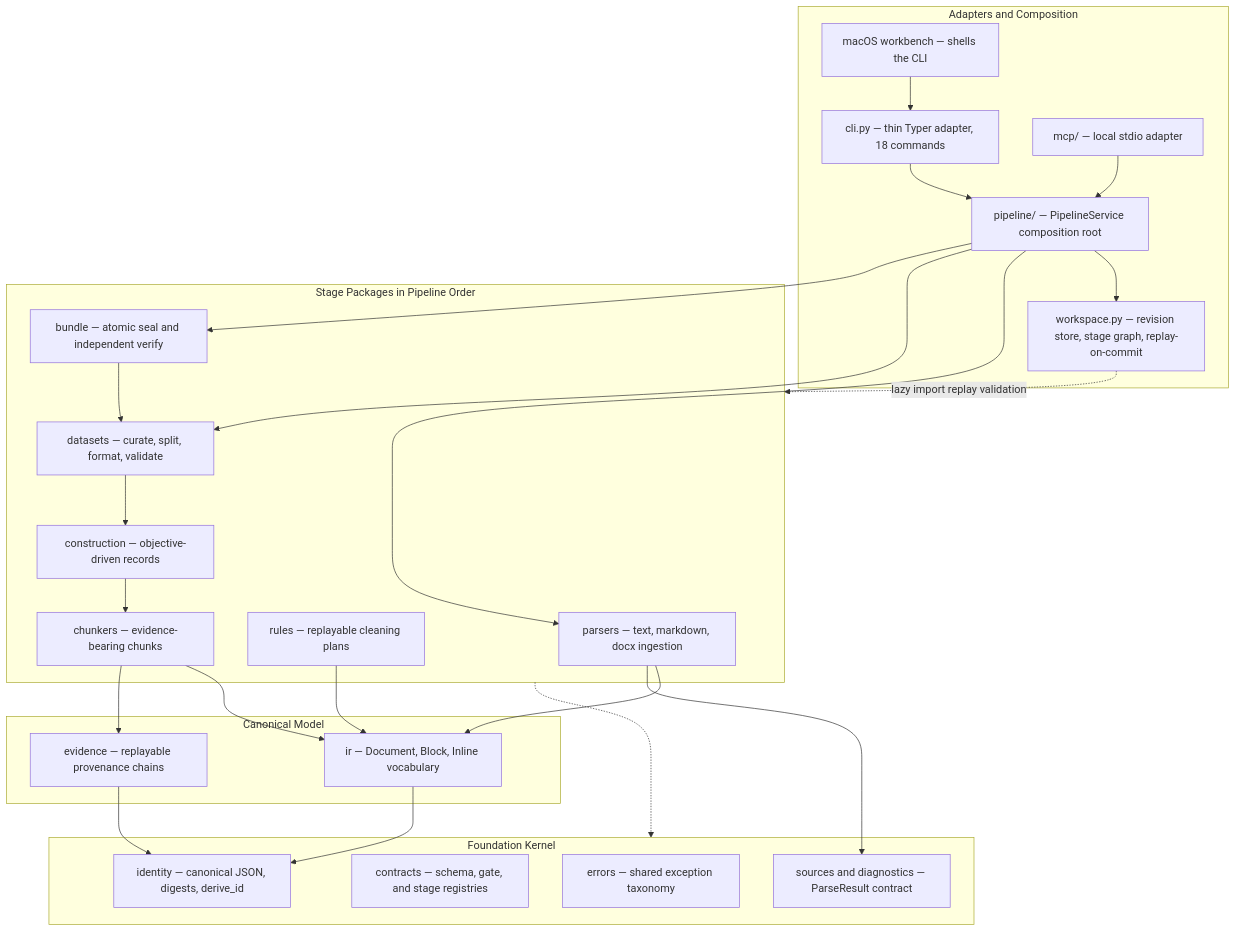
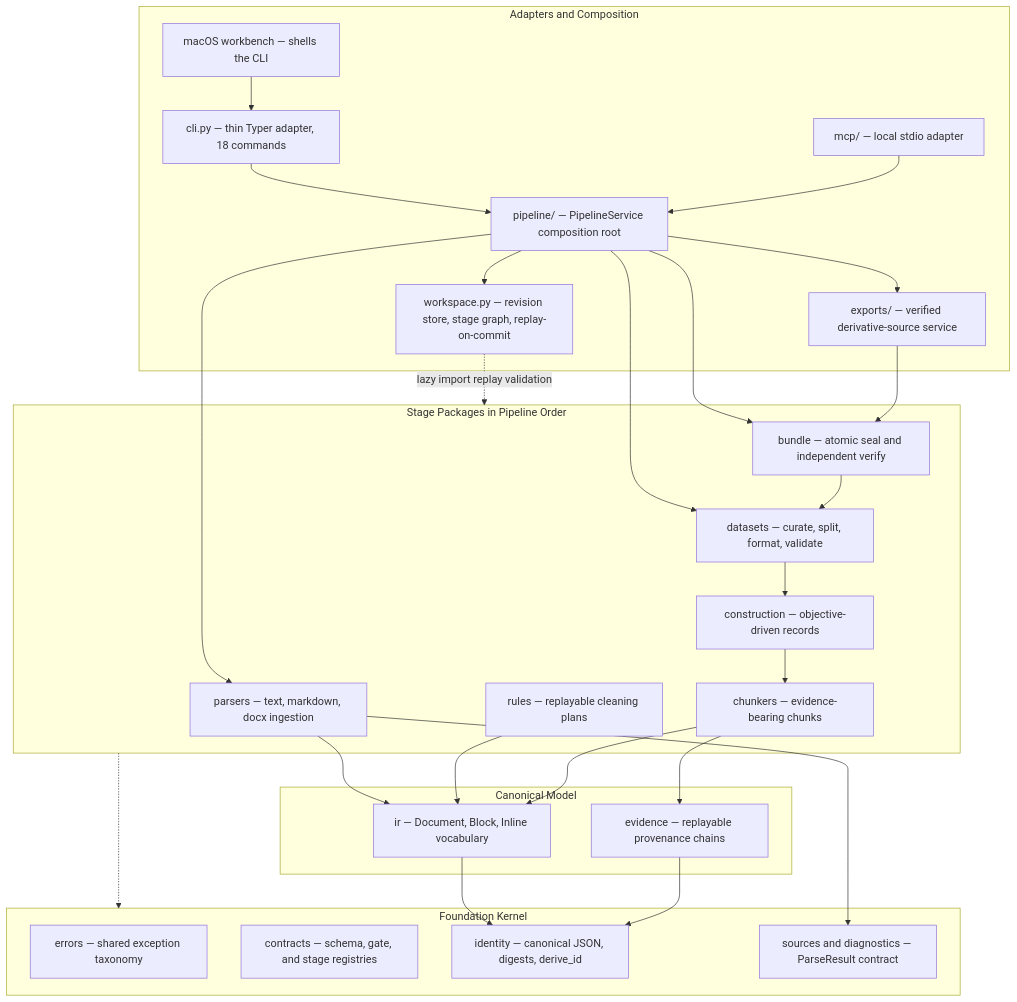
Before and after one commit to ogprotege/Veriformis: the diagram in docs/architecture/README.md, drawn with Mermaid. The commit also changed other lines of this file and 33 other files, not shown here.

Commit message:
feat: add verified export service foundation (#43)

````diff
--- a/docs/architecture/README.md
+++ b/docs/architecture/README.md
@@ -101,51 +101,54 @@
 ```mermaid
 flowchart TB
     subgraph entry["Adapters and Composition"]
         CLI["cli.py — thin Typer adapter, 18 commands"]
         MCP["mcp/ — local stdio adapter"]
         MAC["macOS workbench — shells the CLI"]
         PIP["pipeline/ — PipelineService composition root"]
+        EXP["exports/ — verified derivative-source service"]
         WS["workspace.py — revision store, stage graph, replay-on-commit"]
     end
 
     subgraph stages["Stage Packages in Pipeline Order"]
         P["parsers — text, markdown, docx ingestion"]
         R["rules — replayable cleaning plans"]
         C["chunkers — evidence-bearing chunks"]
         CT["construction — objective-driven records"]
         DS["datasets — curate, split, format, validate"]
         B["bundle — atomic seal and independent verify"]
     end
 
     subgraph core["Canonical Model"]
         IR["ir — Document, Block, Inline vocabulary"]
         EV["evidence — replayable provenance chains"]
     end
 
     subgraph foundation["Foundation Kernel"]
         ERR["errors — shared exception taxonomy"]
         CON["contracts — schema, gate, and stage registries"]
         ID["identity — canonical JSON, digests, derive_id"]
         SRC["sources and diagnostics — ParseResult contract"]
     end
 
     CLI --> PIP
     MCP --> PIP
     MAC --> CLI
     PIP --> WS
+    PIP --> EXP
     PIP --> P
     PIP --> DS
     PIP --> B
+    EXP --> B
     WS -. "lazy import replay validation" .-> stages
     P --> IR
     R --> IR
     C --> IR
     C --> EV
     CT --> C
     DS --> CT
     B --> DS
     P --> SRC
     IR --> ID
     EV --> ID
     stages -.-> foundation
 ```
````
